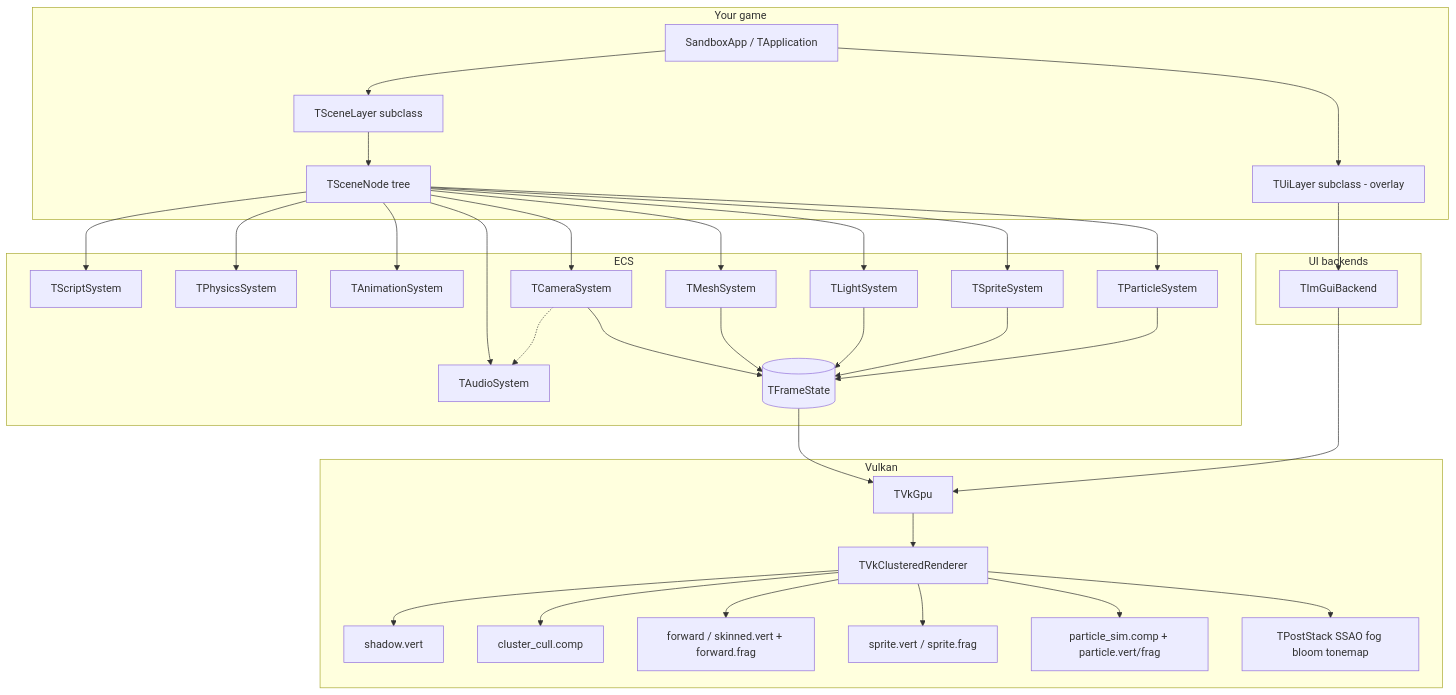
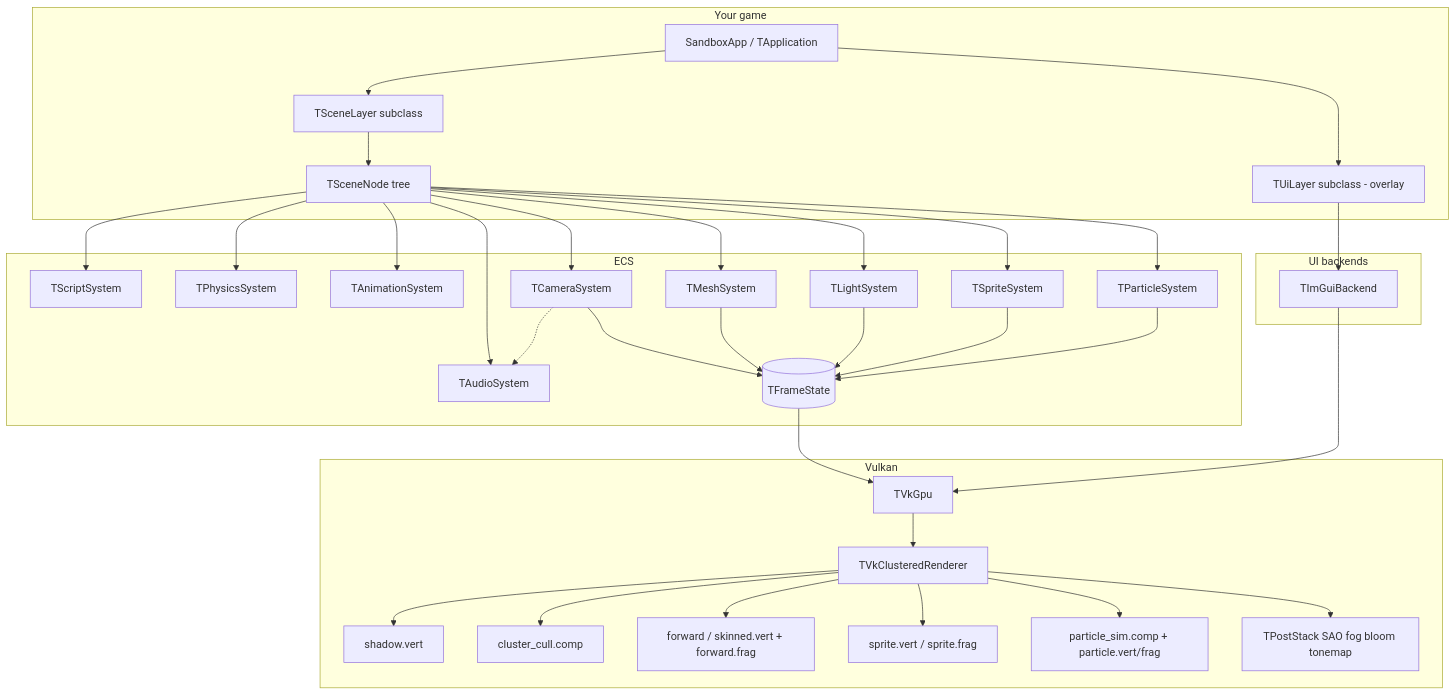
Before and after one commit to dstuden/TomosEngine: the first of 2 diagrams in docs/DEVELOPING.md, drawn with Mermaid. The commit also changed other lines of this file and 59 other files, not shown here.

````diff
--- a/docs/DEVELOPING.md
+++ b/docs/DEVELOPING.md
@@ -47,66 +47,66 @@
 ```mermaid
 flowchart TB
   subgraph App["Your game"]
     SA[SandboxApp / TApplication]
     SL[TSceneLayer subclass]
     UL[TUiLayer subclass - overlay]
     SN[TSceneNode tree]
   end
 
   subgraph ECS["ECS"]
     SCR[TScriptSystem]
     PHYS[TPhysicsSystem]
     ANIM[TAnimationSystem]
     CAM[TCameraSystem]
     MESH[TMeshSystem]
     LIT[TLightSystem]
     SPR[TSpriteSystem]
     PAR[TParticleSystem]
     AUD[TAudioSystem]
     FS[(TFrameState)]
   end
 
   subgraph UI["UI backends"]
     IMB[TImGuiBackend]
   end
 
   subgraph GPU["Vulkan"]
     VK[TVkGpu]
     CR[TVkClusteredRenderer]
     SH[shadow.vert]
     CC[cluster_cull.comp]
     FW[forward / skinned.vert + forward.frag]
     SP[sprite.vert / sprite.frag]
     PT[particle_sim.comp + particle.vert/frag]
-    PS[TPostStack SSAO fog bloom tonemap]
+    PS[TPostStack SAO fog bloom tonemap]
   end
 
   SA --> SL
   SA --> UL
   UL --> IMB
   SL --> SN
   SN --> SCR
   SN --> PHYS
   SN --> ANIM
   SN --> CAM
   SN --> MESH
   SN --> LIT
   SN --> SPR
   SN --> PAR
   SN --> AUD
   CAM --> FS
   MESH --> FS
   LIT --> FS
   SPR --> FS
   PAR --> FS
   CAM -.-> AUD
   FS --> VK
   VK --> CR
   CR --> SH
   CR --> CC
   CR --> FW
   CR --> SP
   CR --> PT
   CR --> PS
   IMB --> VK
 ```
````
